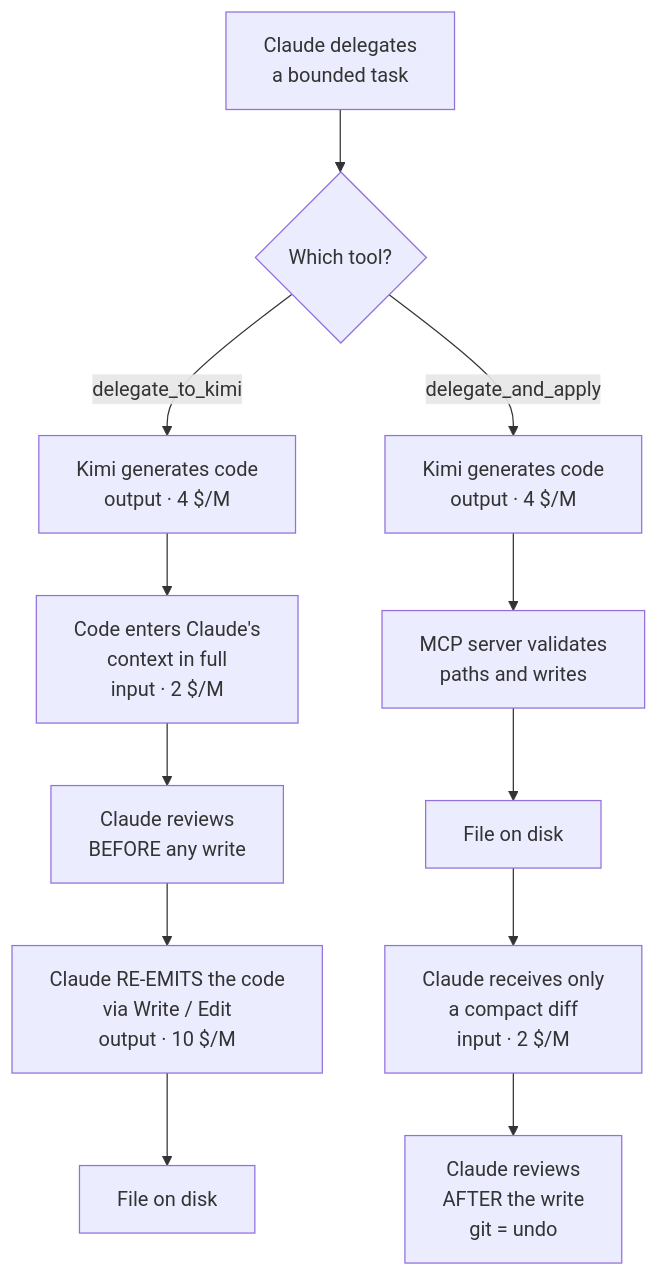
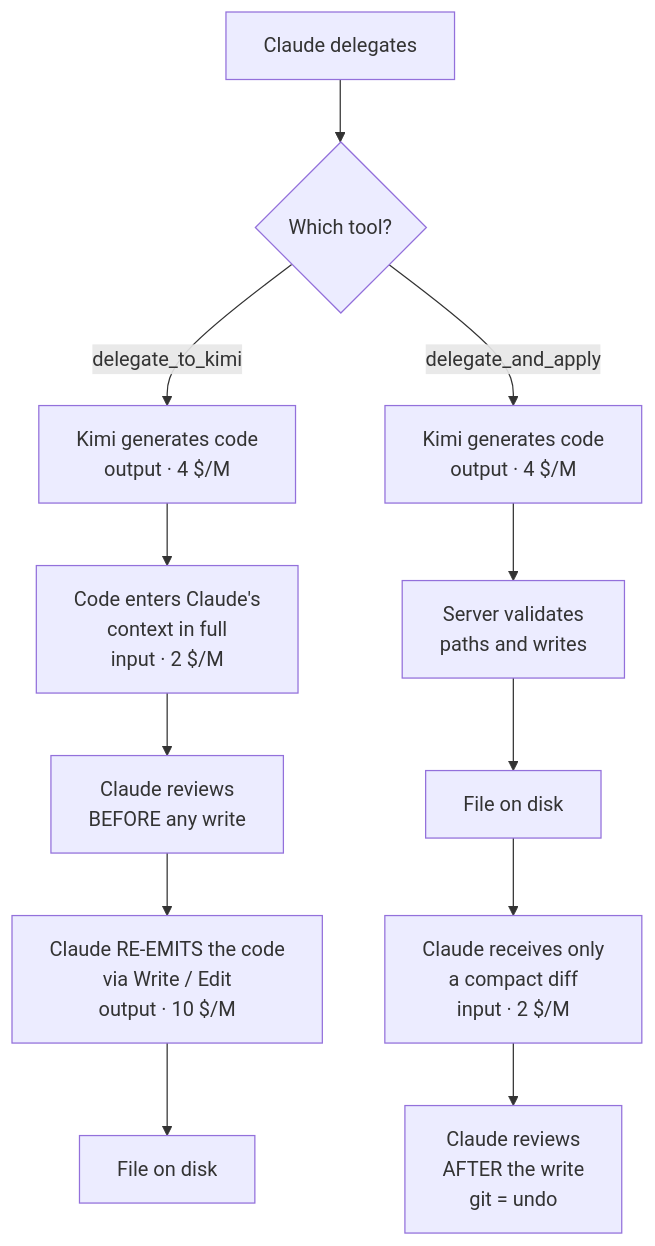
One commit to JMcordobamendez/kimi-delegate-mcp changed the first of 3 diagrams in README.md. Above: the diagram before and after it, drawn with Mermaid. The commit also changed other lines of this file and 1 other file, not shown here.

````diff
--- a/README.md
+++ b/README.md
@@ -92,16 +167,16 @@
 ```mermaid
 flowchart TD
-    T["Claude delegates<br/>a bounded task"] --> D{"Which tool?"}
+    T["Claude delegates"] --> D{"Which tool?"}
 
     D -->|delegate_to_kimi| A1["Kimi generates code<br/>output · 4 $/M"]
     A1 --> A2["Code enters Claude's<br/>context in full<br/>input · 2 $/M"]
     A2 --> A3["Claude reviews<br/>BEFORE any write"]
     A3 --> A4["Claude RE-EMITS the code<br/>via Write / Edit<br/>output · 10 $/M"]
     A4 --> A5["File on disk"]
 
     D -->|delegate_and_apply| B1["Kimi generates code<br/>output · 4 $/M"]
-    B1 --> B2["MCP server validates<br/>paths and writes"]
+    B1 --> B2["Server validates<br/>paths and writes"]
     B2 --> B3["File on disk"]
     B3 --> B4["Claude receives only<br/>a compact diff<br/>input · 2 $/M"]
     B4 --> B5["Claude reviews<br/>AFTER the write<br/>git = undo"]
 ```
````
